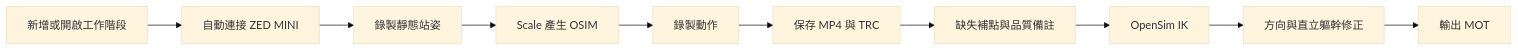
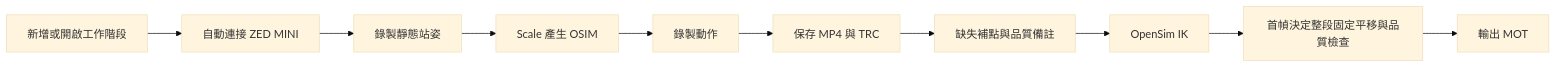
The diagram in docs/USER_GUIDE.md (QuailUJ/ZED-MINI), drawn with Mermaid (base theme) before and after one commit. The commit also changed other lines of this file and 16 other files, not shown here.

````diff
--- a/docs/USER_GUIDE.md
+++ b/docs/USER_GUIDE.md
@@ -10,12 +10,12 @@
 ```mermaid
 flowchart LR
     A[新增或開啟工作階段] --> B[自動連接 ZED MINI]
     B --> C[錄製靜態站姿]
     C --> D[Scale 產生 OSIM]
     D --> E[錄製動作]
     E --> F[保存 MP4 與 TRC]
     F --> G[缺失補點與品質備註]
     G --> H[OpenSim IK]
-    H --> I[方向與直立軀幹修正]
+    H --> I[首幀決定整段固定平移與品質檢查]
     I --> J[輸出 MOT]
 ```
````
